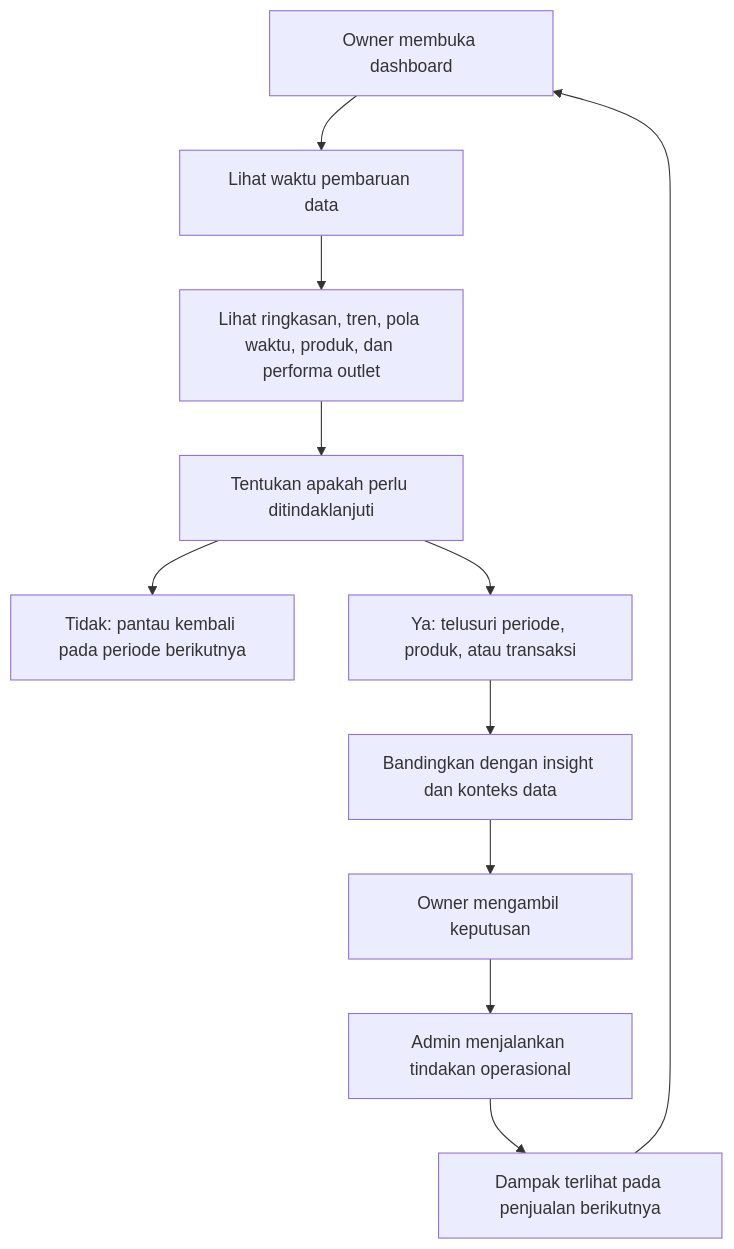
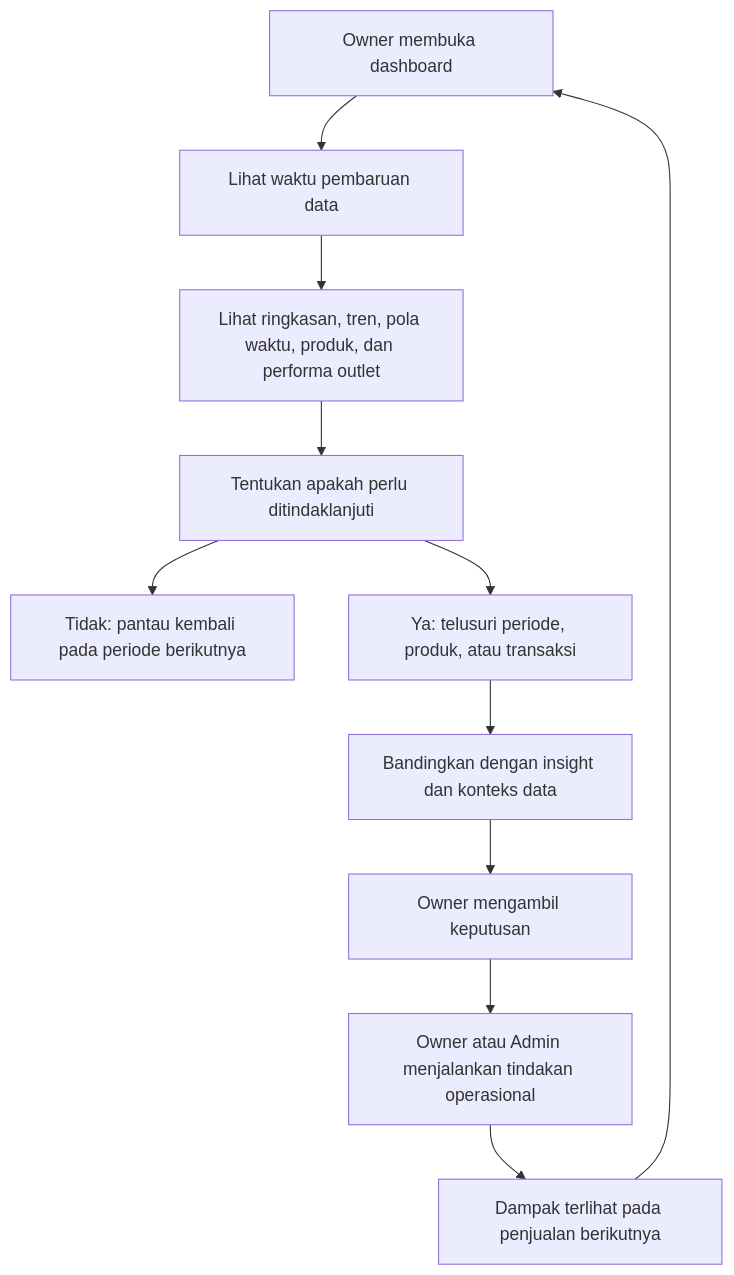
The fifth of 5 diagrams in docs/deliverables/01-iterasi-1-business-flow.md (TeamOneee/pos-project-be), drawn with Mermaid before and after one commit. The commit also changed other lines of this file and 4 other files, not shown here.

````diff
--- a/docs/deliverables/01-iterasi-1-business-flow.md
+++ b/docs/deliverables/01-iterasi-1-business-flow.md
@@ -403,13 +403,13 @@
 ```mermaid
 flowchart TD
     A["Owner membuka dashboard"] --> B["Lihat waktu pembaruan data"]
     B --> C["Lihat ringkasan, tren, pola waktu, produk, dan performa outlet"]
     C --> D["Tentukan apakah perlu ditindaklanjuti"]
     D --> E["Tidak: pantau kembali pada periode berikutnya"]
     D --> F["Ya: telusuri periode, produk, atau transaksi"]
     F --> G["Bandingkan dengan insight dan konteks data"]
     G --> H["Owner mengambil keputusan"]
-    H --> I["Admin menjalankan tindakan operasional"]
+    H --> I["Owner atau Admin menjalankan tindakan operasional"]
     I --> J["Dampak terlihat pada penjualan berikutnya"]
     J --> A
 ```
````
